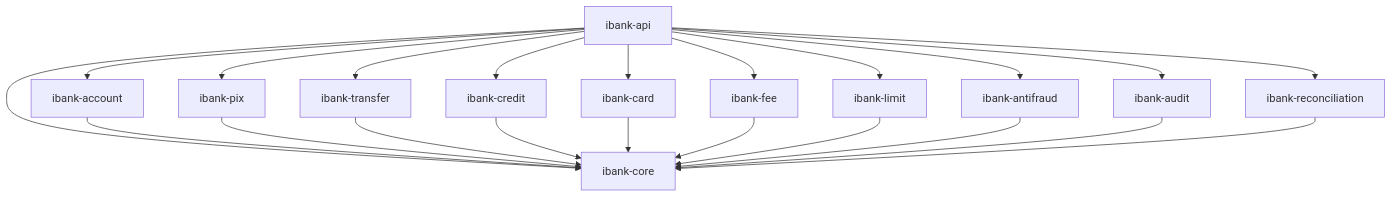
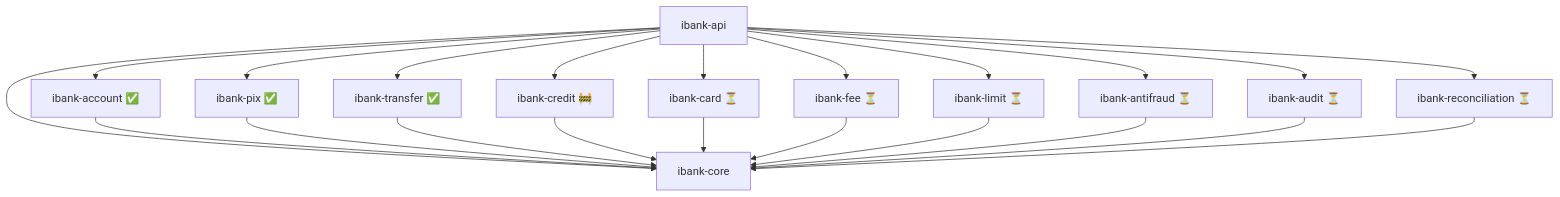
Before and after one commit to EnzoVieira3012/iBank: the diagram in README.md, drawn with Mermaid. The commit also changed other lines of this file, not shown here.

Commit message:
docs: update README with PIX/Transfer status and API endpoints

````diff
--- a/README.md
+++ b/README.md
@@ -76,25 +76,25 @@
 ```mermaid
 graph TD
     api[ibank-api] --> core[ibank-core]
-    api --> account[ibank-account]
-    api --> pix[ibank-pix]
-    api --> transfer[ibank-transfer]
-    api --> credit[ibank-credit]
-    api --> card[ibank-card]
-    api --> fee[ibank-fee]
-    api --> limit[ibank-limit]
-    api --> antifraud[ibank-antifraud]
-    api --> audit[ibank-audit]
-    api --> recon[ibank-reconciliation]
+    api --> account[ibank-account ✅]
+    api --> pix[ibank-pix ✅]
+    api --> transfer[ibank-transfer ✅]
+    api --> credit[ibank-credit 🚧]
+    api --> card[ibank-card ⏳]
+    api --> fee[ibank-fee ⏳]
+    api --> limit[ibank-limit ⏳]
+    api --> antifraud[ibank-antifraud ⏳]
+    api --> audit[ibank-audit ⏳]
+    api --> recon[ibank-reconciliation ⏳]
     
     account --> core
     pix --> core
     transfer --> core
     credit --> core
     card --> core
     fee --> core
     limit --> core
     antifraud --> core
     audit --> core
     recon --> core
 ```
````
